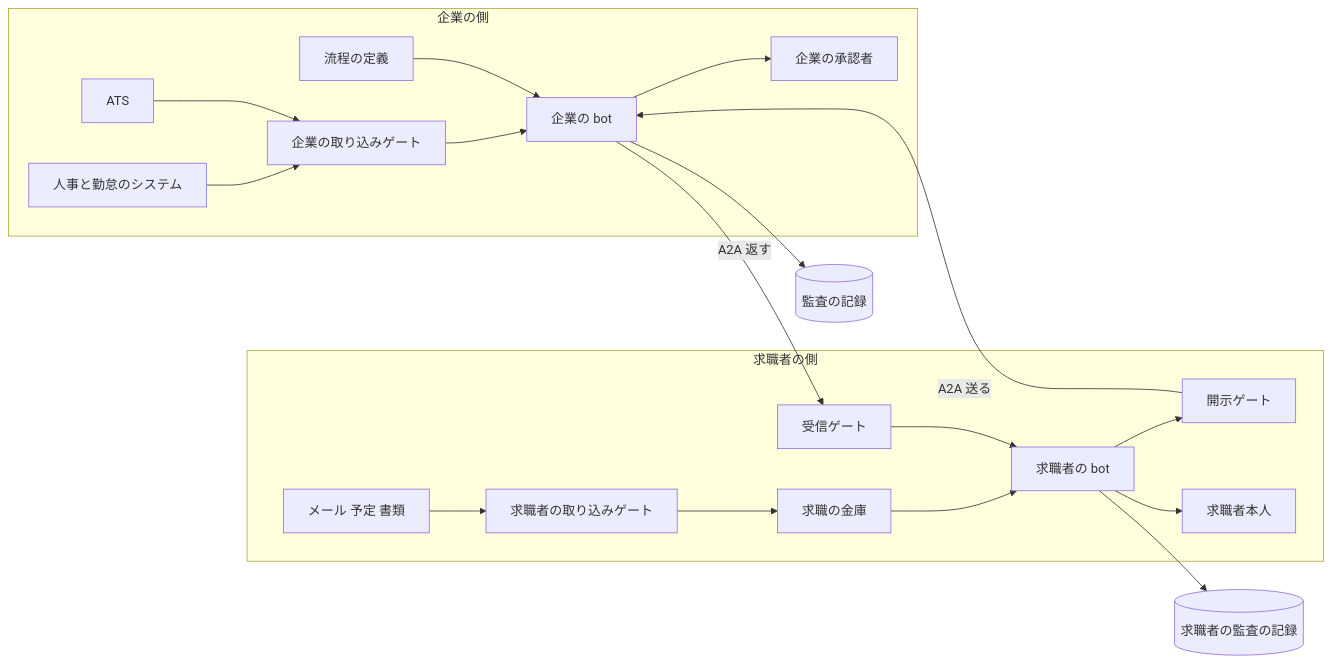
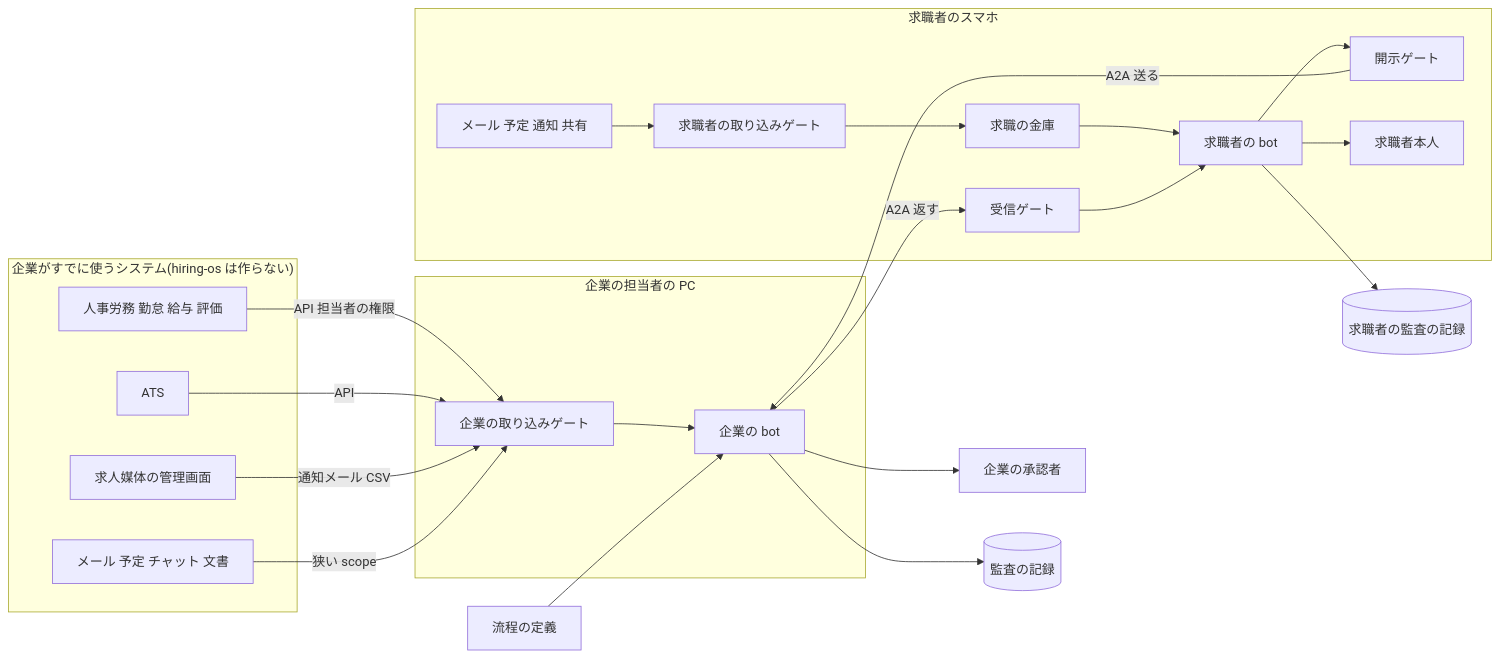
Before and after one commit to jyoka/hiring-os: the first of 2 diagrams in docs/prd.md, drawn with Mermaid. The commit also changed other lines of this file and 3 other files, not shown here.

````diff
--- a/docs/prd.md
+++ b/docs/prd.md
@@ -138,22 +163,32 @@
 ```mermaid
 flowchart LR
-  subgraph company[企業の側]
-    HR[人事と勤怠のシステム] --> CG[企業の取り込みゲート]
-    ATS[ATS] --> CG
-    CG --> CB[企業の bot]
-    FD[流程の定義] --> CB
-    CB --> CA[企業の承認者]
+  subgraph systems["企業がすでに使うシステム(hiring-os は作らない)"]
+    HR[人事労務 勤怠 給与 評価]
+    ATS[ATS]
+    JB[求人媒体の管理画面]
+    MC[メール 予定 チャット 文書]
   end
-  subgraph seeker[求職者の側]
-    SRC[メール 予定 書類] --> SG[求職者の取り込みゲート]
+  subgraph pc["企業の担当者の PC"]
+    CG[企業の取り込みゲート]
+    CB[企業の bot]
+  end
+  subgraph phone["求職者のスマホ"]
+    SRC[メール 予定 通知 共有] --> SG[求職者の取り込みゲート]
     SG --> V[求職の金庫]
     V --> SB[求職者の bot]
     SB --> DG[開示ゲート]
     RG[受信ゲート] --> SB
     SB --> S[求職者本人]
   end
+  HR -->|API 担当者の権限| CG
+  ATS -->|API| CG
+  JB -->|通知メール CSV| CG
+  MC -->|狭い scope| CG
+  CG --> CB
+  FD[流程の定義] --> CB
+  CB --> CA[企業の承認者]
   DG -->|A2A 送る| CB
   CB -->|A2A 返す| RG
   CB --> AL[(監査の記録)]
   SB --> AL2[(求職者の監査の記録)]
 ```
````
